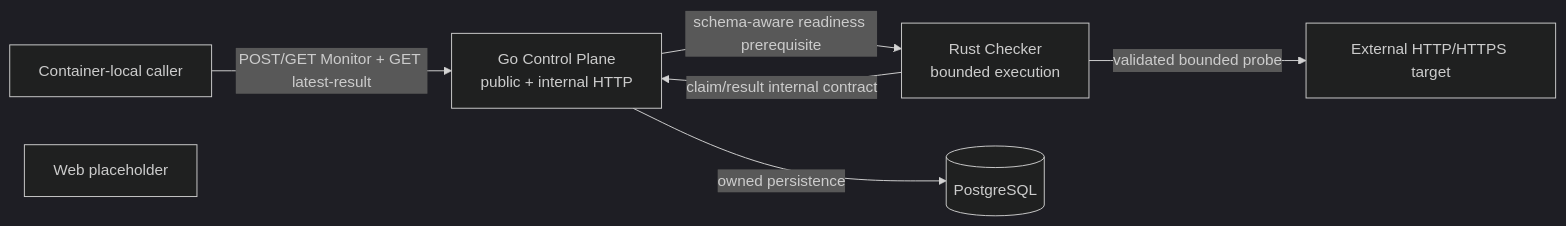
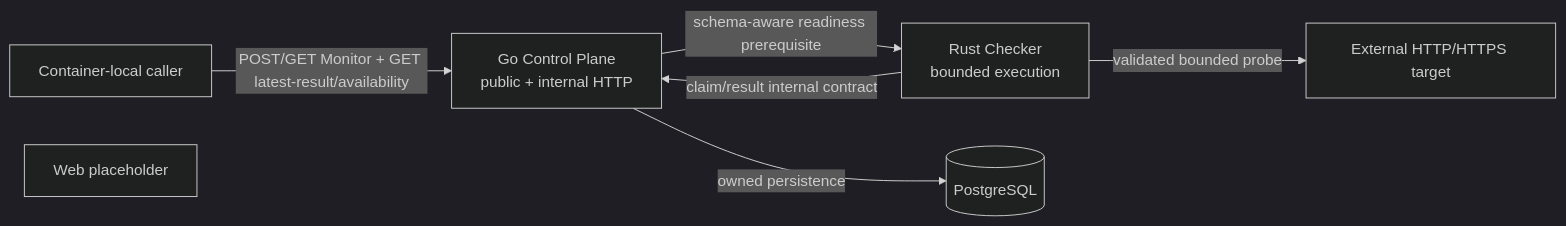
The diagram in docs/architecture/container-view.md (kefyusuf/uptime-lab), drawn with Mermaid (dark theme) before and after one commit. The commit also changed other lines of this file and 36 other files, not shown here.

First line of the commit message:
feat(api): derive current monitor availability on read (#48)

```diff
--- a/docs/architecture/container-view.md
+++ b/docs/architecture/container-view.md
@@ -90,15 +92,15 @@
 ~~~mermaid
 flowchart LR
     Caller["Container-local caller"]
     Web[Web placeholder]
     Go["Go Control Plane<br/>public + internal HTTP"]
     Checker["Rust Checker<br/>bounded execution"]
     DB[(PostgreSQL)]
     Target["External HTTP/HTTPS target"]
 
-    Caller -->|POST/GET Monitor + GET latest-result| Go
+    Caller -->|POST/GET Monitor + GET latest-result/availability| Go
     Checker -->|claim/result internal contract| Go
     Go -->|owned persistence| DB
     Checker -->|validated bounded probe| Target
     Go -->|schema-aware readiness prerequisite| Checker
 ~~~
```
